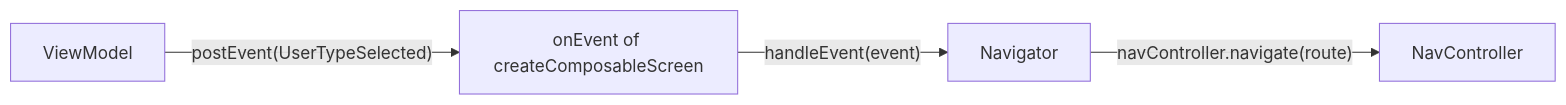
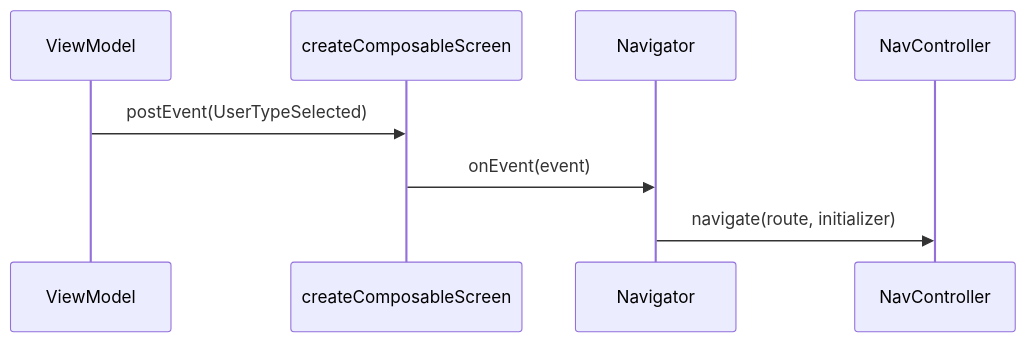
Before and after one commit to carmabs/Ema: the diagram in docs/compose/navigation.md, drawn with Mermaid. The commit also changed 11 other files, not shown here.

First line of the commit message:
Redraw the diagrams without crossing arrows

````diff
--- a/docs/compose/navigation.md
+++ b/docs/compose/navigation.md
@@ -6,6 +6,10 @@
 ```mermaid
-flowchart LR
-    VM[ViewModel] -- "postEvent(UserTypeSelected)" --> G[onEvent of createComposableScreen]
-    G -- "handleEvent(event)" --> N[Navigator]
-    N -- "navController.navigate(route)" --> NC[NavController]
+sequenceDiagram
+    participant VM as ViewModel
+    participant G as createComposableScreen
+    participant N as Navigator
+    participant NC as NavController
+    VM->>G: postEvent(UserTypeSelected)
+    G->>N: onEvent(event)
+    N->>NC: navigate(route, initializer)
 ```
````
